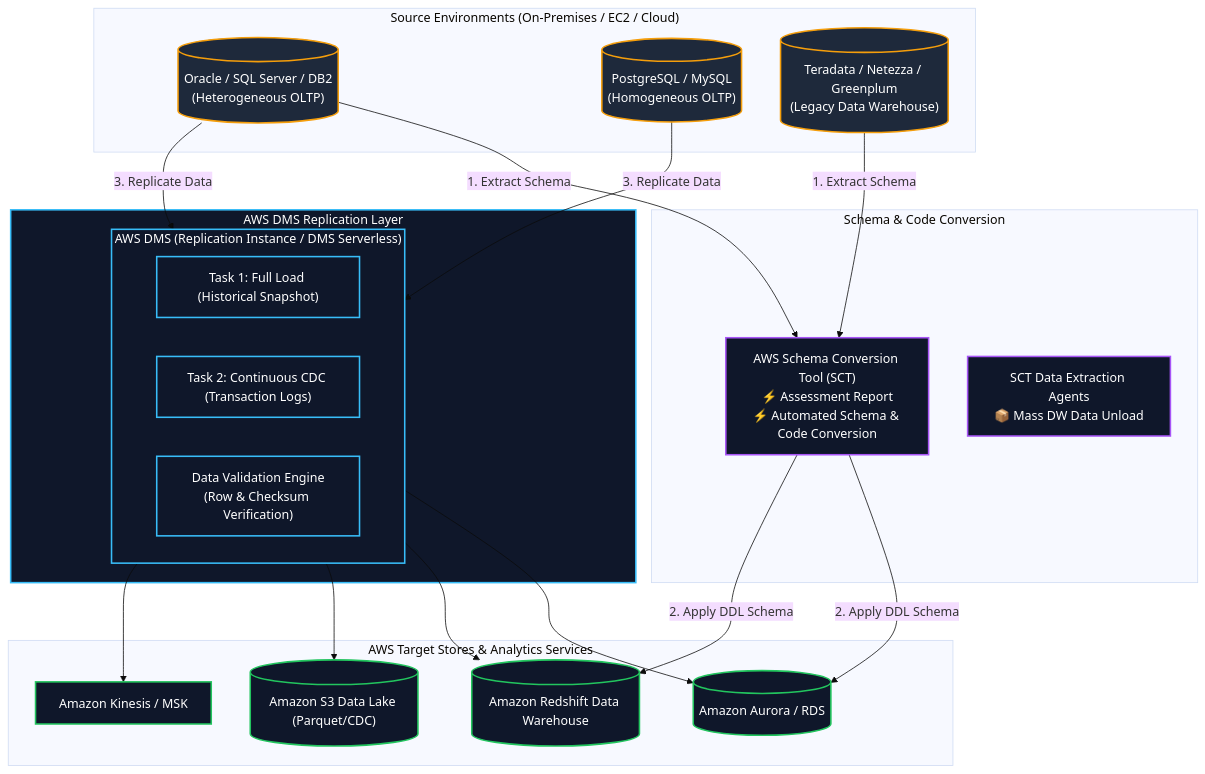
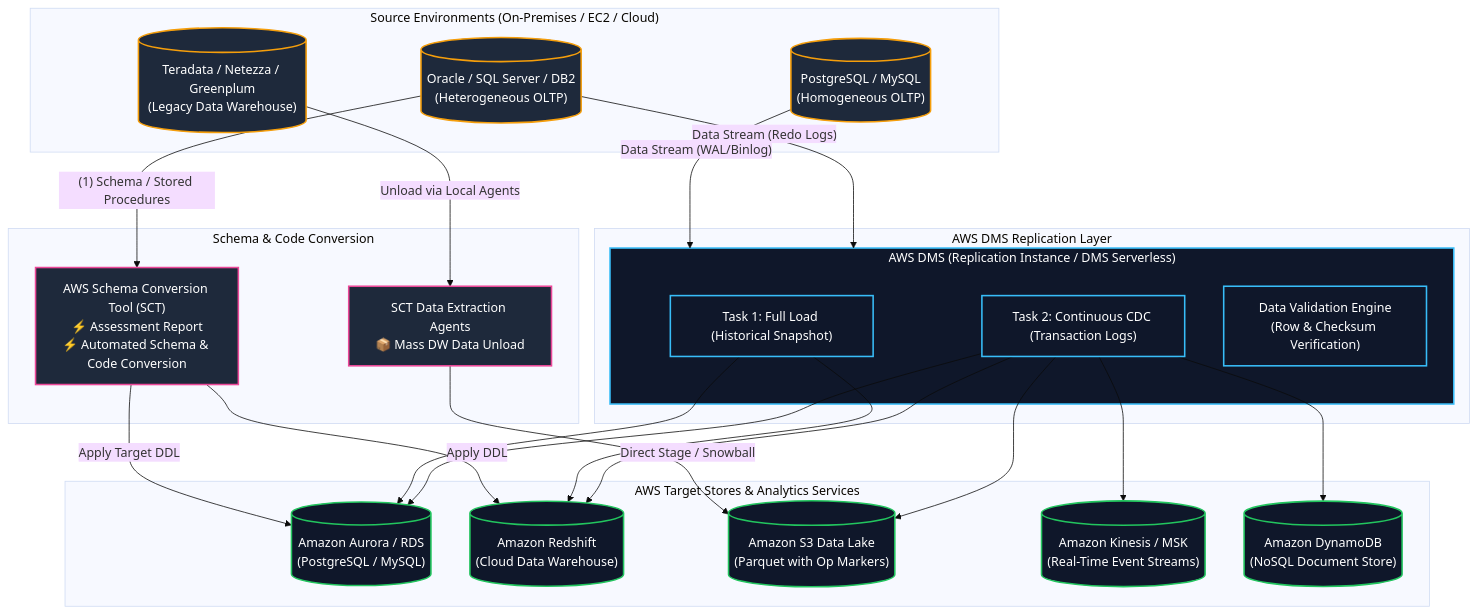
One commit to Wathon/aws-dea-c01-note changed the first of 8 diagrams in content/mm/02-services/migration/dms-and-sct.md. Above: the diagram before and after it, drawn with Mermaid (base theme). The commit also changed other lines of this file and 41 other files, not shown here.

````diff
--- a/content/mm/02-services/migration/dms-and-sct.md
+++ b/content/mm/02-services/migration/dms-and-sct.md
@@ -32,51 +41,57 @@
 ```mermaid
 graph TB
     subgraph OnPremises["Source Environments (On-Premises / EC2 / Cloud)"]
         SourceOracle[("Oracle / SQL Server / DB2<br/>(Heterogeneous OLTP)")]
         SourcePostgres[("PostgreSQL / MySQL<br/>(Homogeneous OLTP)")]
         SourceDW[("Teradata / Netezza / Greenplum<br/>(Legacy Data Warehouse)")]
     end
 
     subgraph SchemaLayer["Schema & Code Conversion"]
         SCT["AWS Schema Conversion Tool (SCT)<br/>⚡ Assessment Report<br/>⚡ Automated Schema & Code Conversion"]
         SCTAgents["SCT Data Extraction Agents<br/>📦 Mass DW Data Unload"]
     end
 
     subgraph DMSReplicationFleet["AWS DMS Replication Layer"]
         subgraph DMSEngine["AWS DMS (Replication Instance / DMS Serverless)"]
             FullLoadTask["Task 1: Full Load (Historical Snapshot)"]
             CDCTask["Task 2: Continuous CDC (Transaction Logs)"]
             ValidationEngine["Data Validation Engine<br/>(Row & Checksum Verification)"]
         end
     end
 
     subgraph AWSDataTargets["AWS Target Stores & Analytics Services"]
-        AuroraTarget[("Amazon Aurora / RDS")]
-        RedshiftTarget[("Amazon Redshift Data Warehouse")]
-        S3DataLake[("Amazon S3 Data Lake (Parquet/CDC)")]
-        StreamingTarget["Amazon Kinesis / MSK"]
+        TargetAurora[("Amazon Aurora / RDS<br/>(PostgreSQL / MySQL)")]
+        TargetRedshift[("Amazon Redshift<br/>(Cloud Data Warehouse)")]
+        TargetS3[("Amazon S3 Data Lake<br/>(Parquet with Op Markers)")]
+        TargetStreaming[("Amazon Kinesis / MSK<br/>(Real-Time Event Streams)")]
+        TargetDynamo[("Amazon DynamoDB<br/>(NoSQL Document Store)")]
     end
 
-    SourceOracle -->|"1. Extract Schema"| SCT
-    SourceDW -->|"1. Extract Schema"| SCT
-    SCT -->|"2. Apply DDL Schema"| AuroraTarget
-    SCT -->|"2. Apply DDL Schema"| RedshiftTarget
+    SourceOracle -->|"(1) Schema / Stored Procedures"| SCT
+    SCT -->|"Apply Target DDL"| TargetAurora
+    SCT -->|"Apply DDL"| TargetRedshift
 
-    SourcePostgres -->|"3. Replicate Data"| DMSEngine
-    SourceOracle -->|"3. Replicate Data"| DMSEngine
-    
-    DMSEngine --> AuroraTarget
-    DMSEngine --> RedshiftTarget
-    DMSEngine --> S3DataLake
-    DMSEngine --> StreamingTarget
+    SourceDW -->|"Unload via Local Agents"| SCTAgents
+    SCTAgents -->|"Direct Stage / Snowball"| TargetS3
 
-    classDef src fill:#1e293b,stroke:#f59e0b,stroke-width:2px,color:#fff;
-    classDef sct fill:#0f172a,stroke:#a855f7,stroke-width:2px,color:#fff;
+    SourcePostgres -->|"Data Stream (WAL/Binlog)"| DMSEngine
+    SourceOracle -->|"Data Stream (Redo Logs)"| DMSEngine
+
+    FullLoadTask --> TargetAurora
+    FullLoadTask --> TargetRedshift
+    CDCTask --> TargetAurora
+    CDCTask --> TargetRedshift
+    CDCTask --> TargetS3
+    CDCTask --> TargetStreaming
+    CDCTask --> TargetDynamo
+
+    classDef source fill:#1e293b,stroke:#f59e0b,stroke-width:2px,color:#fff;
+    classDef sct fill:#1e293b,stroke:#ec4899,stroke-width:2px,color:#fff;
     classDef dms fill:#0f172a,stroke:#38bdf8,stroke-width:2px,color:#fff;
-    classDef tgt fill:#0f172a,stroke:#22c55e,stroke-width:2px,color:#fff;
+    classDef target fill:#0f172a,stroke:#22c55e,stroke-width:2px,color:#fff;
 
-    class SourceOracle,SourcePostgres,SourceDW src;
+    class SourceOracle,SourcePostgres,SourceDW source;
     class SCT,SCTAgents sct;
-    class DMSReplicationFleet,DMSEngine,FullLoadTask,CDCTask,ValidationEngine dms;
-    class AuroraTarget,RedshiftTarget,S3DataLake,StreamingTarget tgt;
+    class DMSEngine,FullLoadTask,CDCTask,ValidationEngine dms;
+    class TargetAurora,TargetRedshift,TargetS3,TargetStreaming,TargetDynamo target;
 ```
````
